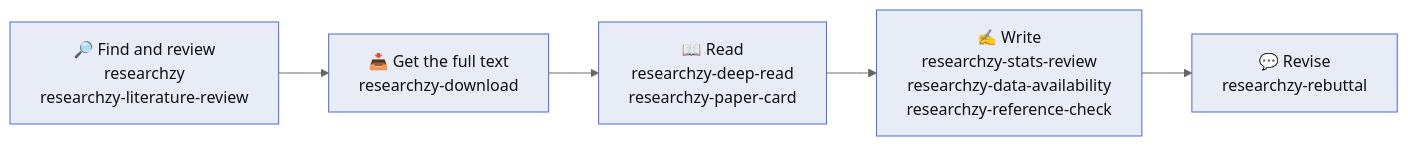
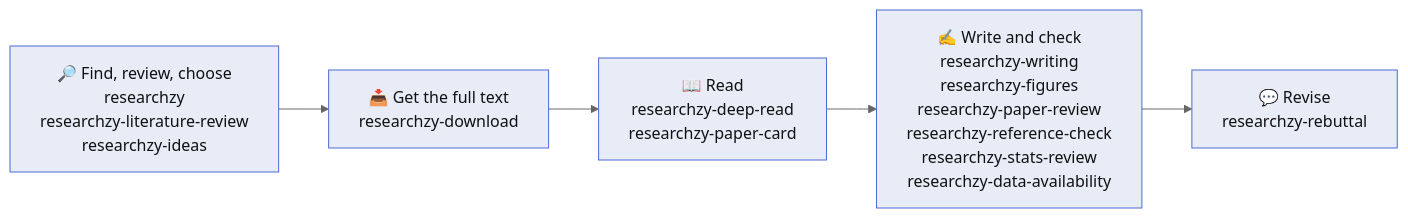
Before and after one commit to Researchzy/Researchzy-academic-skills: the diagram in README.md, drawn with Mermaid (neutral theme). The commit also changed other lines of this file and 66 other files, not shown here.

First line of the commit message:
Add researchzy-ideas, researchzy-writing, researchzy-figures and researchzy-paper-review

````diff
--- a/README.md
+++ b/README.md
@@ -76,10 +84,10 @@
 ```mermaid
 %%{init: {"flowchart": {"wrappingWidth": 260}}}%%
 flowchart LR
-    A["🔎 Find and review<br/>researchzy<br/>researchzy-literature-review"] --> B["📥 Get the full text<br/>researchzy-download"]
+    A["🔎 Find, review, choose<br/>researchzy<br/>researchzy-literature-review<br/>researchzy-ideas"] --> B["📥 Get the full text<br/>researchzy-download"]
     B --> C["📖 Read<br/>researchzy-deep-read<br/>researchzy-paper-card"]
-    C --> D["✍️ Write<br/>researchzy-stats-review<br/>researchzy-data-availability<br/>researchzy-reference-check"]
+    C --> D["✍️ Write and check<br/>researchzy-writing<br/>researchzy-figures<br/>researchzy-paper-review<br/>researchzy-reference-check<br/>researchzy-stats-review<br/>researchzy-data-availability"]
     D --> E["💬 Revise<br/>researchzy-rebuttal"]
     classDef step fill:#E7ECF7,stroke:#4C6BD6,color:#111113
     class A,B,C,D,E step
 ```
````
